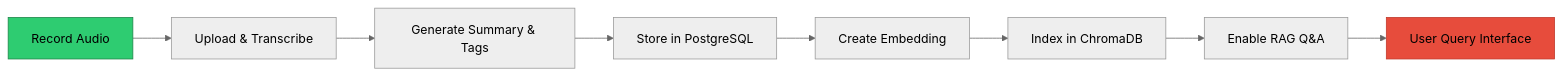
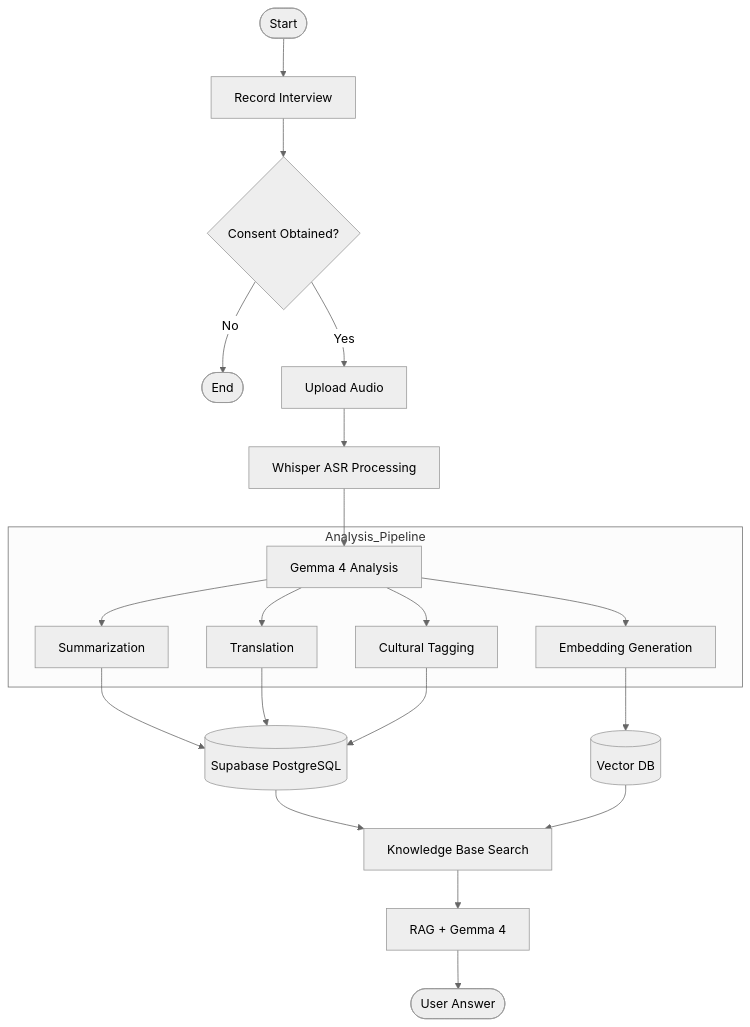
One commit to Subhadip-Paul2006/LokKatha-AI changed the first of 2 diagrams in docs/PRD.md. Above: the diagram before and after it, drawn with Mermaid (neutral theme). The commit also changed other lines of this file and 5 other files, not shown here.

````diff
--- a/docs/PRD.md
+++ b/docs/PRD.md
@@ -32,12 +28,26 @@
 ```mermaid
-flowchart LR
-    A[Record Audio] --> B[Upload & Transcribe]
-    B --> C[Generate Summary & Tags]
-    C --> D[Store in PostgreSQL]
-    D --> E[Create Embedding]
-    E --> F[Index in ChromaDB]
-    F --> G[Enable RAG Q&A]
-    G --> H[User Query Interface]
-    style A fill:#2ecc71,stroke:#1e8449
-    style H fill:#e74c3c,stroke:#c0392b
+flowchart TD
+    Start([Start]) --> Record[Record Interview]
+    Record --> Consent{Consent Obtained?}
+    Consent -- No --> End([End])
+    Consent -- Yes --> Upload[Upload Audio]
+    Upload --> ASR[Whisper ASR Processing]
+    ASR --> LLM[Gemma 4 Analysis]
+    
+    subgraph Analysis_Pipeline
+        LLM --> Sum[Summarization]
+        LLM --> Trans[Translation]
+        LLM --> Tags[Cultural Tagging]
+        LLM --> Emb[Embedding Generation]
+    end
+    
+    Sum --> DB[(Supabase PostgreSQL)]
+    Trans --> DB
+    Tags --> DB
+    Emb --> VDB[(Vector DB)]
+    
+    DB --> Search[Knowledge Base Search]
+    VDB --> Search
+    Search --> RAG[RAG + Gemma 4]
+    RAG --> Answer([User Answer])
 ```
````
